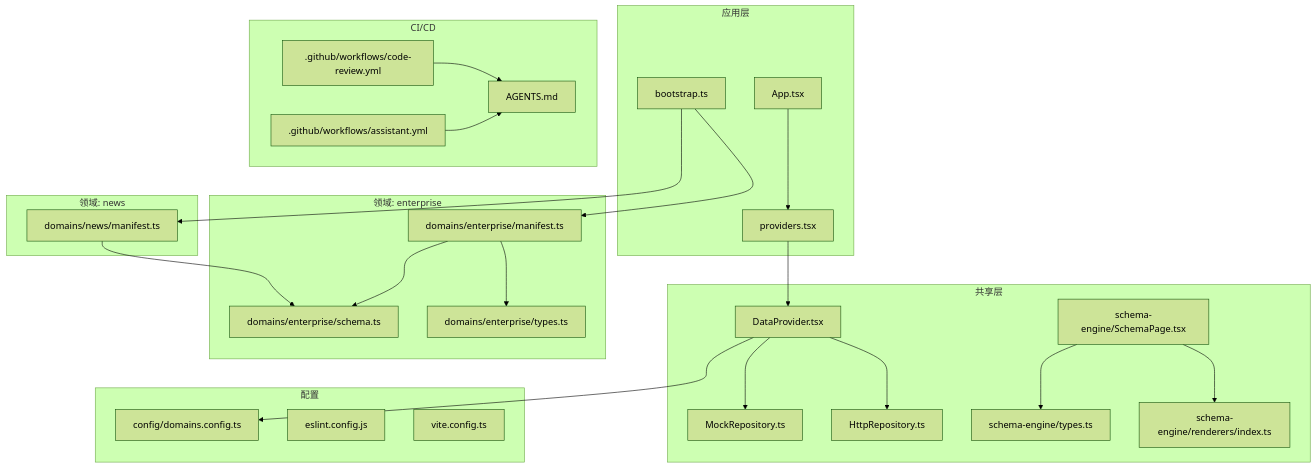
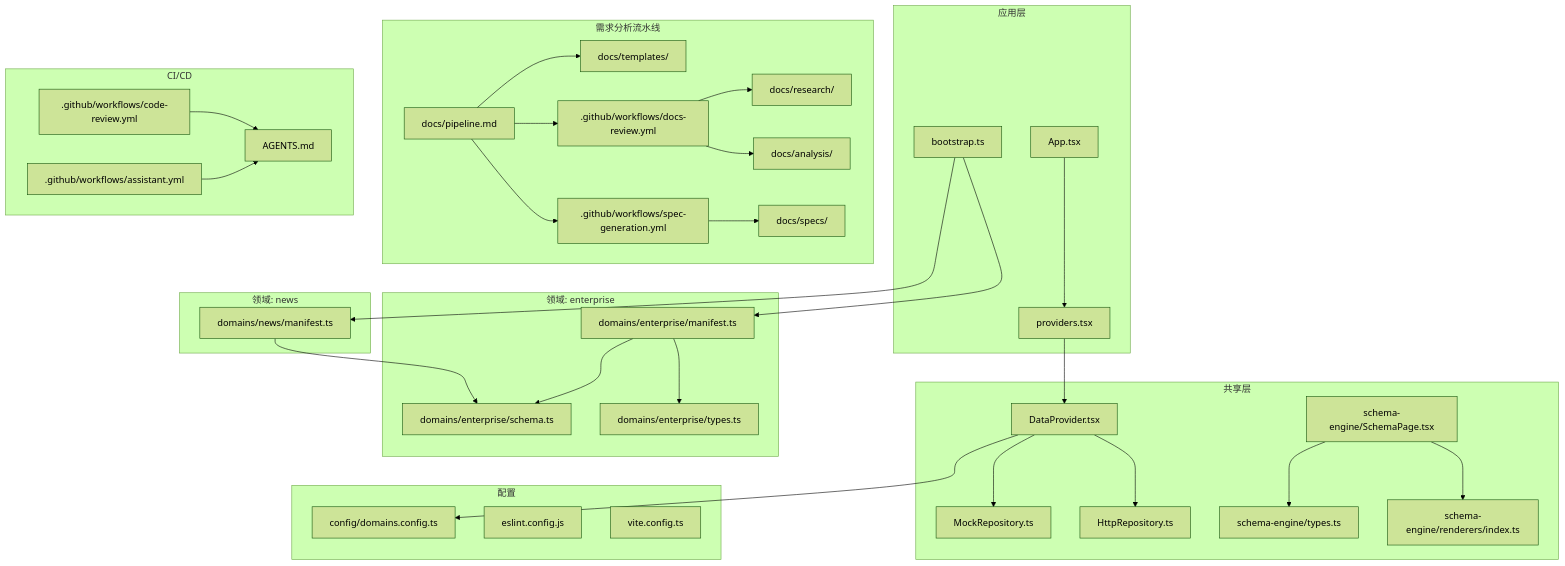
One commit to Seiano/hj-admin changed the first of 9 diagrams in .qoder/repowiki/zh/content/开发指南/开发指南.md. Above: the diagram before and after it, drawn with Mermaid (forest theme). The commit also changed other lines of this file and 6 other files, not shown here.

````diff
--- a/.qoder/repowiki/zh/content/开发指南/开发指南.md
+++ b/.qoder/repowiki/zh/content/开发指南/开发指南.md
@@ -65,48 +75,63 @@
 ```mermaid
 graph TB
 subgraph "应用层"
 A["App.tsx"]
 B["providers.tsx"]
 C["bootstrap.ts"]
 end
 subgraph "共享层"
 D["DataProvider.tsx"]
 E["MockRepository.ts"]
 F["HttpRepository.ts"]
 G["schema-engine/types.ts"]
 H["schema-engine/SchemaPage.tsx"]
 I["schema-engine/renderers/index.ts"]
 end
 subgraph "配置"
 J["config/domains.config.ts"]
 K["eslint.config.js"]
 L["vite.config.ts"]
 end
 subgraph "领域: enterprise"
 M["domains/enterprise/manifest.ts"]
 N["domains/enterprise/schema.ts"]
 O["domains/enterprise/types.ts"]
 end
 subgraph "领域: news"
 P["domains/news/manifest.ts"]
 end
+subgraph "需求分析流水线"
+Q["docs/pipeline.md"]
+R["docs/templates/"]
+S[".github/workflows/docs-review.yml"]
+T[".github/workflows/spec-generation.yml"]
+U["docs/research/"]
+V["docs/analysis/"]
+W["docs/specs/"]
+end
 subgraph "CI/CD"
-Q[".github/workflows/code-review.yml"]
-R[".github/workflows/assistant.yml"]
-S["AGENTS.md"]
+X[".github/workflows/code-review.yml"]
+Y[".github/workflows/assistant.yml"]
+Z["AGENTS.md"]
 end
 A --> B
 B --> D
 C --> M
 C --> P
 D --> E
 D --> F
 D --> J
 H --> G
 H --> I
 M --> N
 M --> O
 P --> N
+Q --> R
 Q --> S
-R --> S
+Q --> T
+S --> U
+S --> V
+T --> W
+X --> Z
+Y --> Z
 ```
````
